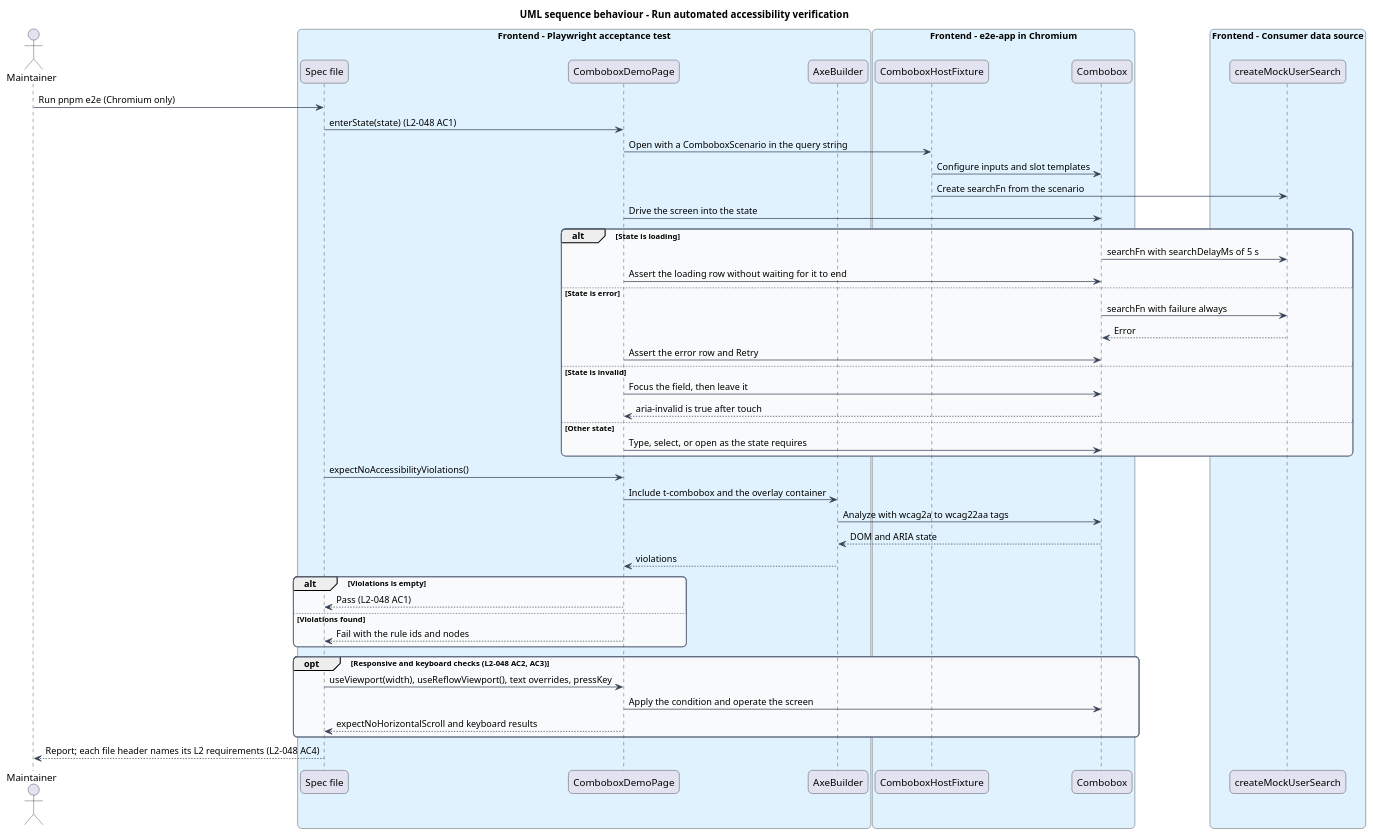
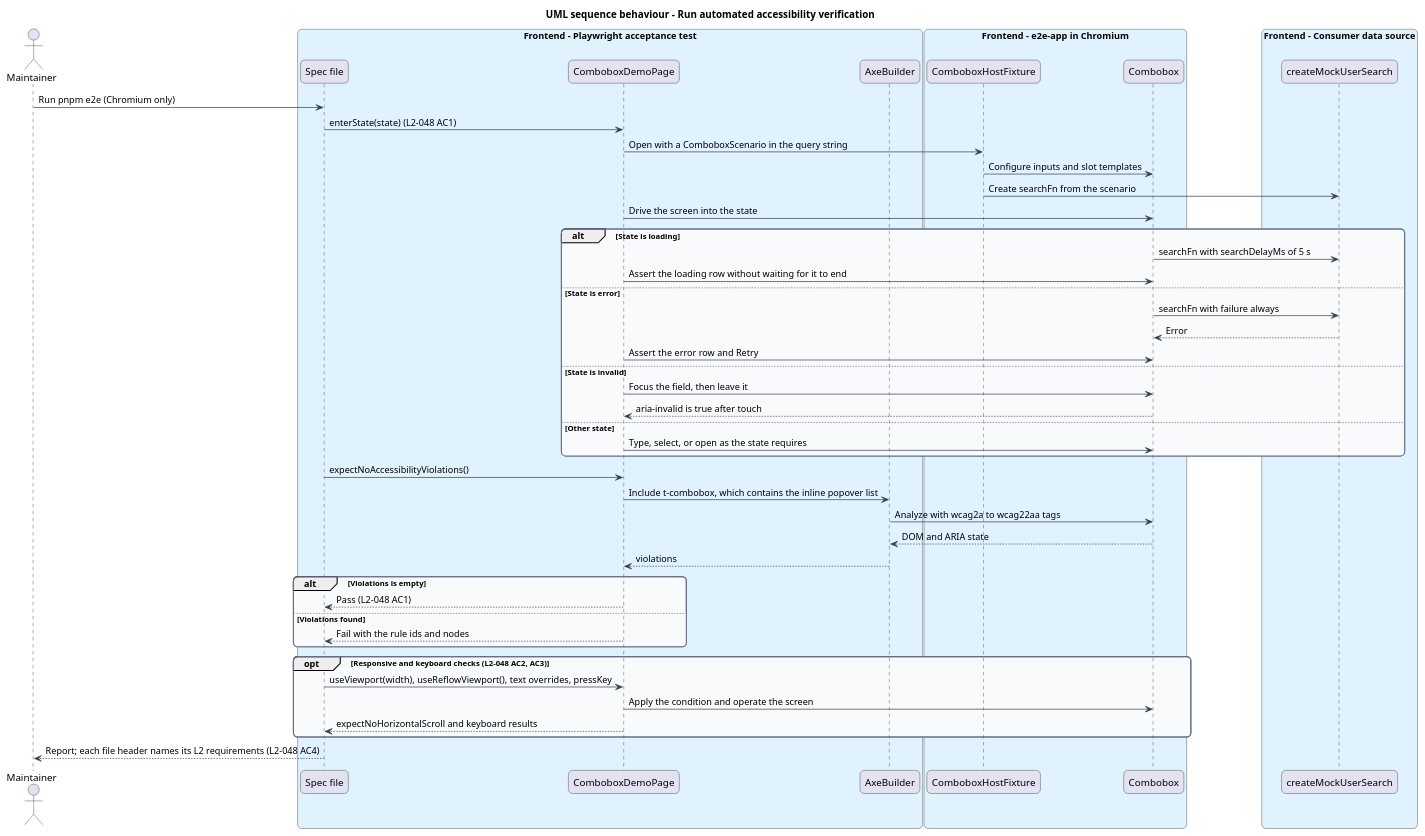
The diagram in docs/detailed-designs/combobox/verify-and-document/diagrams/sequence-axe-verification.puml (QuinntyneBrown/Tessera), drawn with PlantUML before and after one commit. The commit also changed 26 other files, not shown here.

First line of the commit message:
docs: align combobox designs with popover, keyboard and token changes

```diff
--- a/docs/detailed-designs/combobox/verify-and-document/diagrams/sequence-axe-verification.puml
+++ b/docs/detailed-designs/combobox/verify-and-document/diagrams/sequence-axe-verification.puml
@@ -1,66 +1,66 @@
 @startuml
 title UML sequence behaviour - Run automated accessibility verification
 skinparam backgroundColor #FFFFFF
 skinparam shadowing false
 skinparam roundcorner 12
 skinparam defaultFontName Arial
 skinparam ArrowColor #344054
 skinparam rectangle {
   BorderColor #344054
   FontColor #101828
 }
 skinparam package {
   BorderColor #667085
   FontColor #101828
   BackgroundColor #F9FAFB
 }
 actor "Maintainer" as maint
 box "Frontend - Playwright acceptance test" #E0F2FE
   participant "Spec file" as spec
   participant "ComboboxDemoPage" as page
   participant "AxeBuilder" as axe
 end box
 box "Frontend - e2e-app in Chromium" #E0F2FE
   participant "ComboboxHostFixture" as fixture
   participant "Combobox" as cb
 end box
 box "Frontend - Consumer data source" #E0F2FE
   participant "createMockUserSearch" as mock
 end box
 
 maint -> spec : Run pnpm e2e (Chromium only)
 spec -> page : enterState(state) (L2-048 AC1)
 page -> fixture : Open with a ComboboxScenario in the query string
 fixture -> cb : Configure inputs and slot templates
 fixture -> mock : Create searchFn from the scenario
 page -> cb : Drive the screen into the state
 alt State is loading
   cb -> mock : searchFn with searchDelayMs of 5 s
   page -> cb : Assert the loading row without waiting for it to end
 else State is error
   cb -> mock : searchFn with failure always
   mock --> cb : Error
   page -> cb : Assert the error row and Retry
 else State is invalid
   page -> cb : Focus the field, then leave it
   cb --> page : aria-invalid is true after touch
 else Other state
   page -> cb : Type, select, or open as the state requires
 end
 spec -> page : expectNoAccessibilityViolations()
-page -> axe : Include t-combobox and the overlay container
+page -> axe : Include t-combobox, which contains the inline popover list
 axe -> cb : Analyze with wcag2a to wcag22aa tags
 cb --> axe : DOM and ARIA state
 axe --> page : violations
 alt Violations is empty
   page --> spec : Pass (L2-048 AC1)
 else Violations found
   page --> spec : Fail with the rule ids and nodes
 end
 opt Responsive and keyboard checks (L2-048 AC2, AC3)
   spec -> page : useViewport(width), useReflowViewport(), text overrides, pressKey
   page -> cb : Apply the condition and operate the screen
   page --> spec : expectNoHorizontalScroll and keyboard results
 end
 spec --> maint : Report; each file header names its L2 requirements (L2-048 AC4)
 @enduml
```
